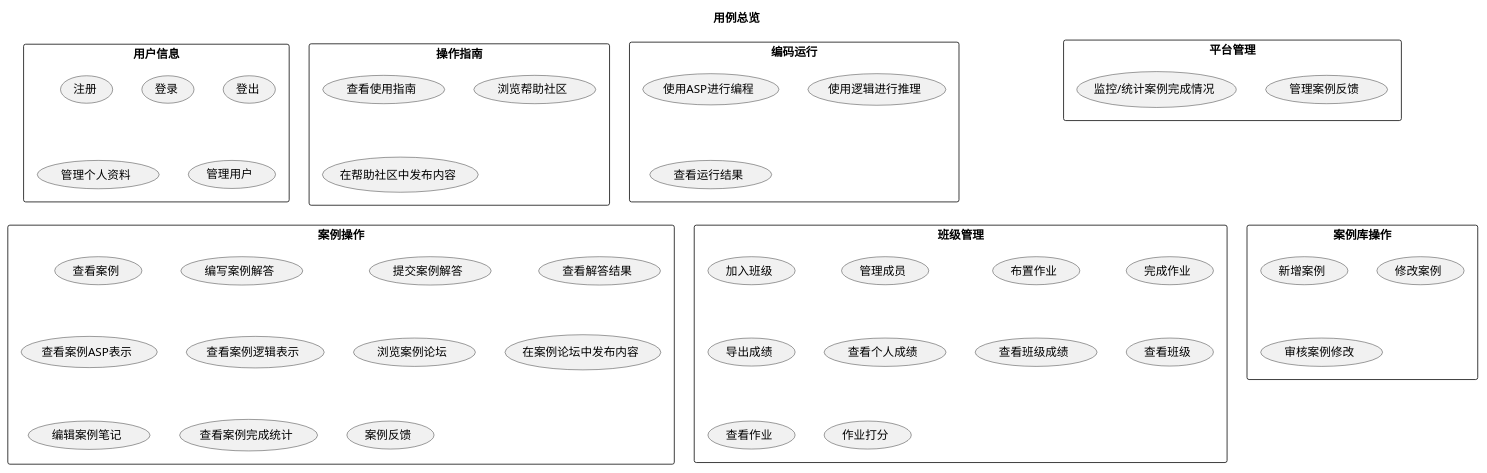
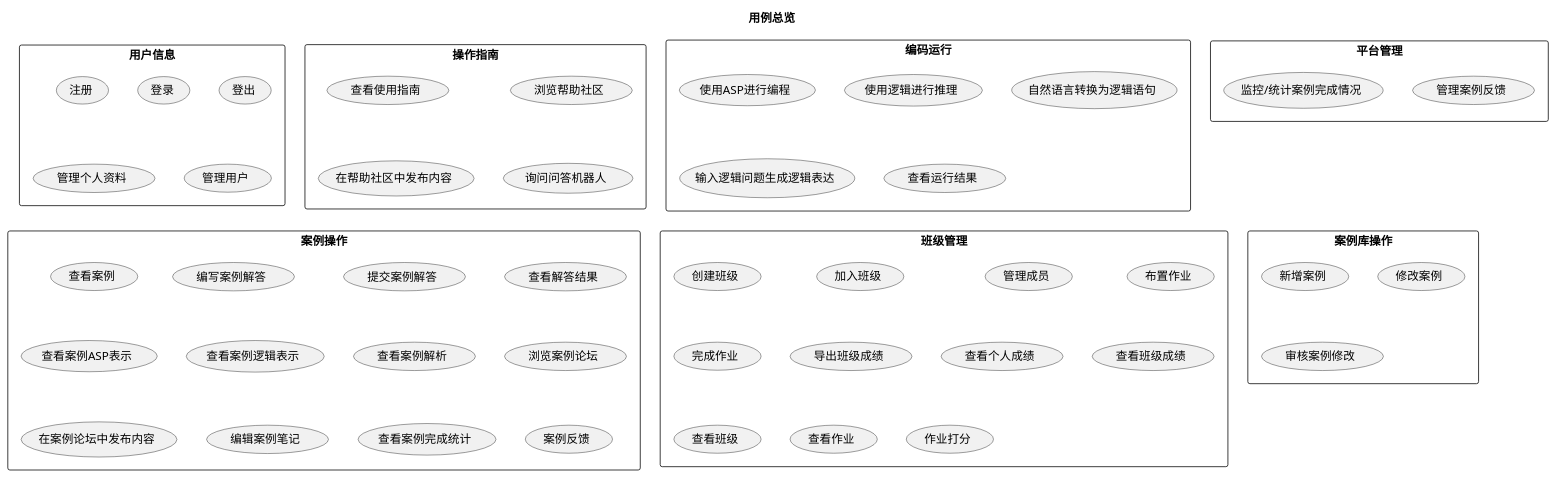
One commit to reaLJR/Logical-thinking-and-programming changed the fourth of 11 diagrams in platform-design/design-docs/my-usecase-design-v1.wsd. Above: the diagram before and after it, drawn with PlantUML. The commit also changed other lines of this file and 26 other files, not shown here.

```diff
--- a/platform-design/design-docs/my-usecase-design-v1.wsd
+++ b/platform-design/design-docs/my-usecase-design-v1.wsd
@@ -576,70 +598,72 @@
 @startuml 用例概览
 title "用例总览"
 
 rectangle "用户信息" {
     usecase (注册) as signUp
     usecase (登录) as signIn
     usecase (登出) as signOut
     usecase (管理个人资料) as manageInfo
     usecase (管理用户) as manageAccount
 }
 
 rectangle "操作指南" {
     usecase (查看使用指南) as viewGuide
     usecase (浏览帮助社区) as viewHelpCommunity
     usecase (在帮助社区中发布内容) as communicateHelpCommunity
-    ' usecase (询问问答机器人) as askRobot    
+    usecase (询问问答机器人) as askRobot    
 }
 
 rectangle "编码运行" {
     usecase (使用ASP进行编程) as viaAsp
 
     usecase (使用逻辑进行推理) as viaLogic
 
-    ' usecase (自然语言转换为逻辑语句) as viaNl
+    usecase (自然语言转换为逻辑语句) as viaNl
 
-    ' usecase (输入逻辑问题生成逻辑表达) as questionAutoTransfer
+    usecase (输入逻辑问题生成逻辑表达) as questionAutoTransfer
 
     usecase (查看运行结果) as checkResult
 }
 
 rectangle "案例操作" {
     usecase (查看案例) as viewCase
     usecase (编写案例解答) as solveCase
     usecase (提交案例解答) as submitCaseSolution
     usecase (查看解答结果) as checkCaseResult
     usecase (查看案例ASP表示) as caseAsp
     usecase (查看案例逻辑表示) as caseLogic
 
+    usecase (查看案例解析) as viewCaseAnalysis
     usecase (浏览案例论坛) as viewCaseCommunity
     usecase (在案例论坛中发布内容) as communicateCaseCommunity
     usecase (编辑案例笔记) as writeCaseNotes
     usecase (查看案例完成统计) as checkCaseStatistics
     usecase (案例反馈) as caseFeedback
 }
 
 rectangle "班级管理" {
+    usecase (创建班级) as createClass
     usecase (加入班级) as joinClass
     usecase (管理成员) as manageMember
     usecase (布置作业) as publishHomework
     usecase (完成作业) as finishHomework
-    usecase (导出成绩) as exportScore
+    usecase (导出班级成绩) as exportScore
     usecase (查看个人成绩) as viewMyScore
     usecase (查看班级成绩) as viewSccores
     usecase (查看班级) as viewClass
     usecase (查看作业) as viewHomework
     usecase (作业打分) as setScore
 }
 
 rectangle "案例库操作" {
     usecase (新增案例) as addCase
     usecase (修改案例) as editCase
     usecase (审核案例修改) as checkCaseEdit
 }
 
 rectangle "平台管理" {
     usecase (管理案例反馈) as manageFeedback
     usecase (监控/统计案例完成情况) as monitorCases
 }
 
 @enduml
```
